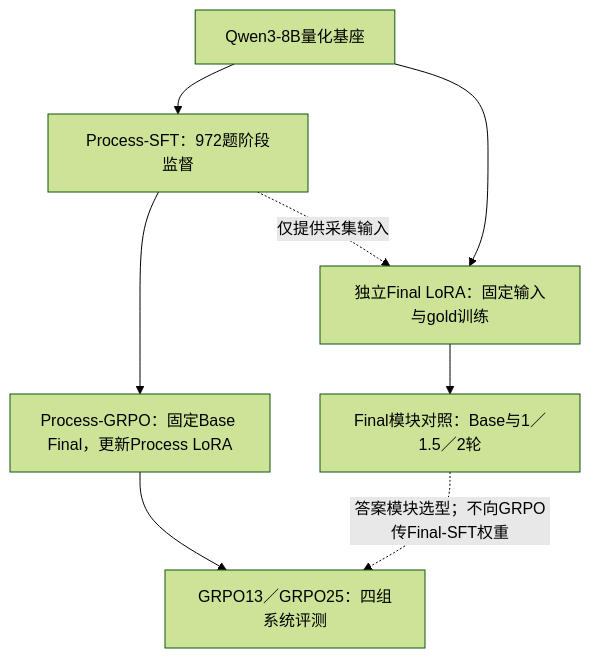
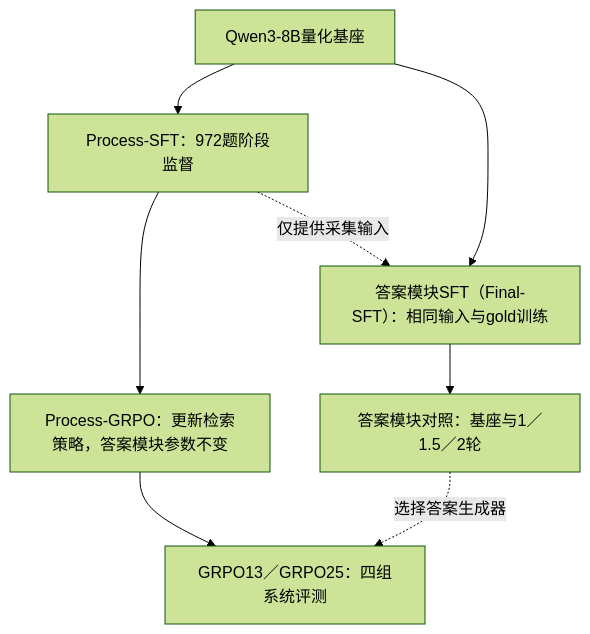
The diagram in versions/process_final_sft/README.md (MaSunKing/medical-research-agent-grpo), drawn with Mermaid (forest theme) before and after one commit. The commit also changed other lines of this file and 16 other files, not shown here.

````diff
--- a/versions/process_final_sft/README.md
+++ b/versions/process_final_sft/README.md
@@ -9,10 +9,10 @@
 ```mermaid
 flowchart TD
     A["Qwen3-8B量化基座"] --> B["Process-SFT：972题阶段监督"]
-    B --> G["Process-GRPO：固定Base Final，更新Process LoRA"]
+    B --> G["Process-GRPO：更新检索策略，答案模块参数不变"]
     G --> E["GRPO13／GRPO25：四组系统评测"]
-    A --> F["独立Final LoRA：固定输入与gold训练"]
+    A --> F["答案模块SFT（Final-SFT）：相同输入与gold训练"]
     B -. "仅提供采集输入" .-> F
-    F --> V["Final模块对照：Base与1／1.5／2轮"]
-    V -. "答案模块选型；不向GRPO传Final-SFT权重" .-> E
+    F --> V["答案模块对照：基座与1／1.5／2轮"]
+    V -. "选择答案生成器" .-> E
 ```
````
